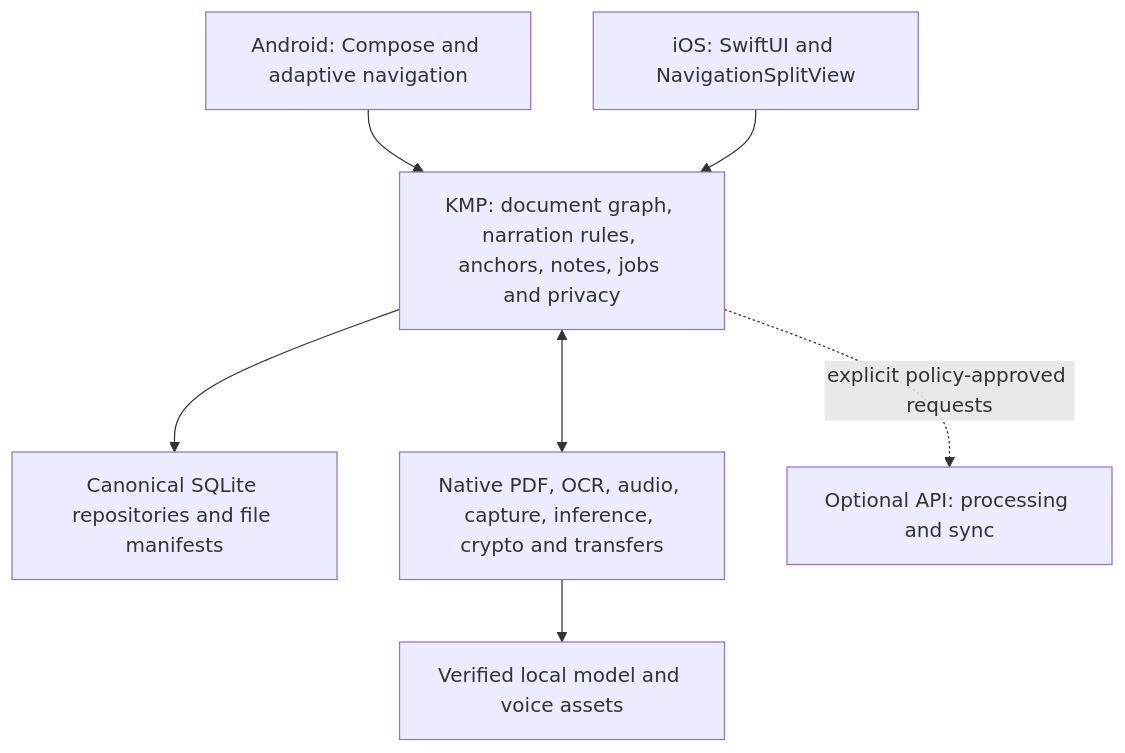
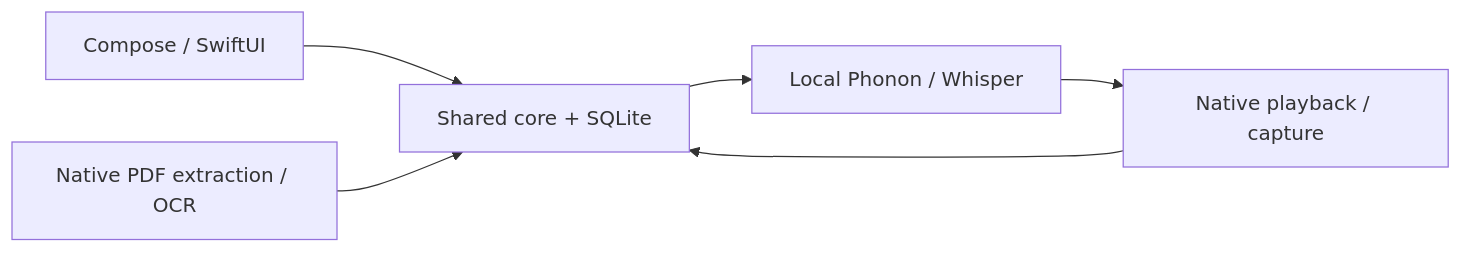
Before and after one commit to atlasmoth/rhapsodos: the diagram in ARCHITECTURE.md, drawn with Mermaid. The commit also changed other lines of this file and 22 other files, not shown here.

Commit message:
Focus documentation on setup and current architecture

````diff
--- a/ARCHITECTURE.md
+++ b/ARCHITECTURE.md
@@ -26,16 +18,8 @@
 ```mermaid
-flowchart TB
-    Android[Android: Compose and adaptive navigation]
-    Apple[iOS: SwiftUI and NavigationSplitView]
-    Core[KMP: document graph, narration rules, anchors, notes, jobs and privacy]
-    Data[Canonical SQLite repositories and file manifests]
-    Native[Native PDF, OCR, audio, capture, inference, crypto and transfers]
-    Packs[Verified local model and voice assets]
-    Cloud[Optional API: processing and sync]
-    Android --> Core
-    Apple --> Core
-    Core --> Data
-    Core <--> Native
-    Native --> Packs
-    Core -. explicit policy-approved requests .-> Cloud
+flowchart LR
+    UI[Compose / SwiftUI] --> Core[Shared core + SQLite]
+    PDF[Native PDF extraction / OCR] --> Core
+    Core --> Speech[Local Phonon / Whisper]
+    Speech --> Audio[Native playback / capture]
+    Audio --> Core
 ```
````
